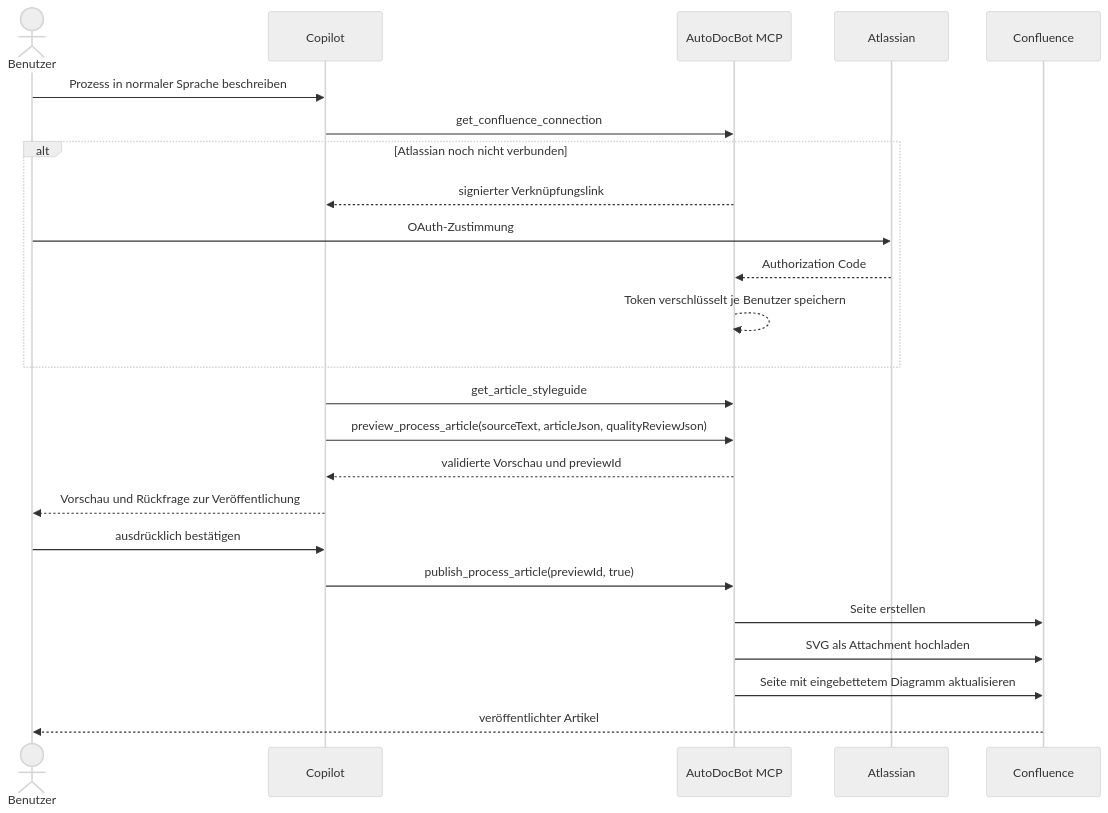
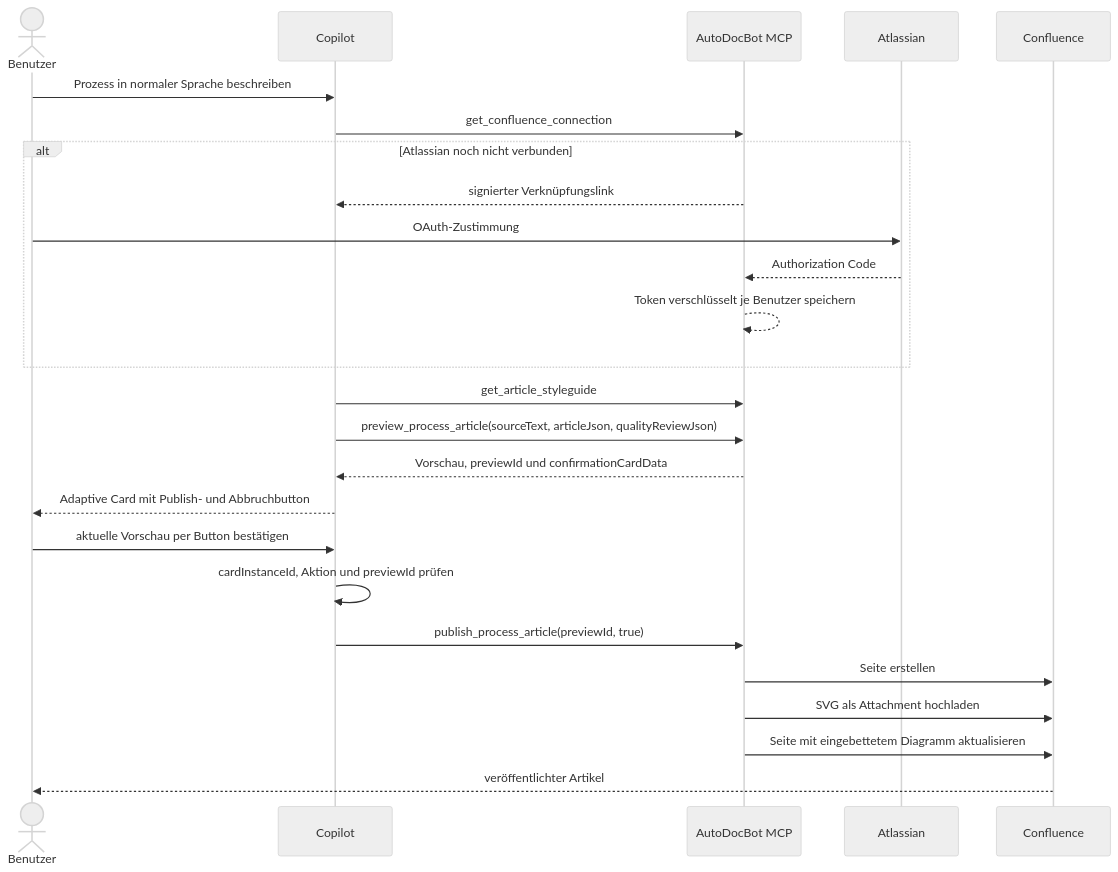
One commit to DWProv/AutoDocBot-V2 changed the second of 2 diagrams in README.md. Above: the diagram before and after it, drawn with Mermaid (neutral theme). The commit also changed other lines of this file and 2 other files, not shown here.

Commit message:
Document verified Copilot card approval flow

````diff
--- a/README.md
+++ b/README.md
@@ -149,27 +149,28 @@
 ```mermaid
 sequenceDiagram
     actor User as Benutzer
     participant Copilot
     participant MCP as AutoDocBot MCP
     participant Atlassian
     participant Confluence
 
     User->>Copilot: Prozess in normaler Sprache beschreiben
     Copilot->>MCP: get_confluence_connection
     alt Atlassian noch nicht verbunden
         MCP-->>Copilot: signierter Verknüpfungslink
         User->>Atlassian: OAuth-Zustimmung
         Atlassian-->>MCP: Authorization Code
         MCP-->>MCP: Token verschlüsselt je Benutzer speichern
     end
     Copilot->>MCP: get_article_styleguide
     Copilot->>MCP: preview_process_article(sourceText, articleJson, qualityReviewJson)
-    MCP-->>Copilot: validierte Vorschau und previewId
-    Copilot-->>User: Vorschau und Rückfrage zur Veröffentlichung
-    User->>Copilot: ausdrücklich bestätigen
+    MCP-->>Copilot: Vorschau, previewId und confirmationCardData
+    Copilot-->>User: Adaptive Card mit Publish- und Abbruchbutton
+    User->>Copilot: aktuelle Vorschau per Button bestätigen
+    Copilot->>Copilot: cardInstanceId, Aktion und previewId prüfen
     Copilot->>MCP: publish_process_article(previewId, true)
     MCP->>Confluence: Seite erstellen
     MCP->>Confluence: SVG als Attachment hochladen
     MCP->>Confluence: Seite mit eingebettetem Diagramm aktualisieren
     Confluence-->>User: veröffentlichter Artikel
 ```
````
